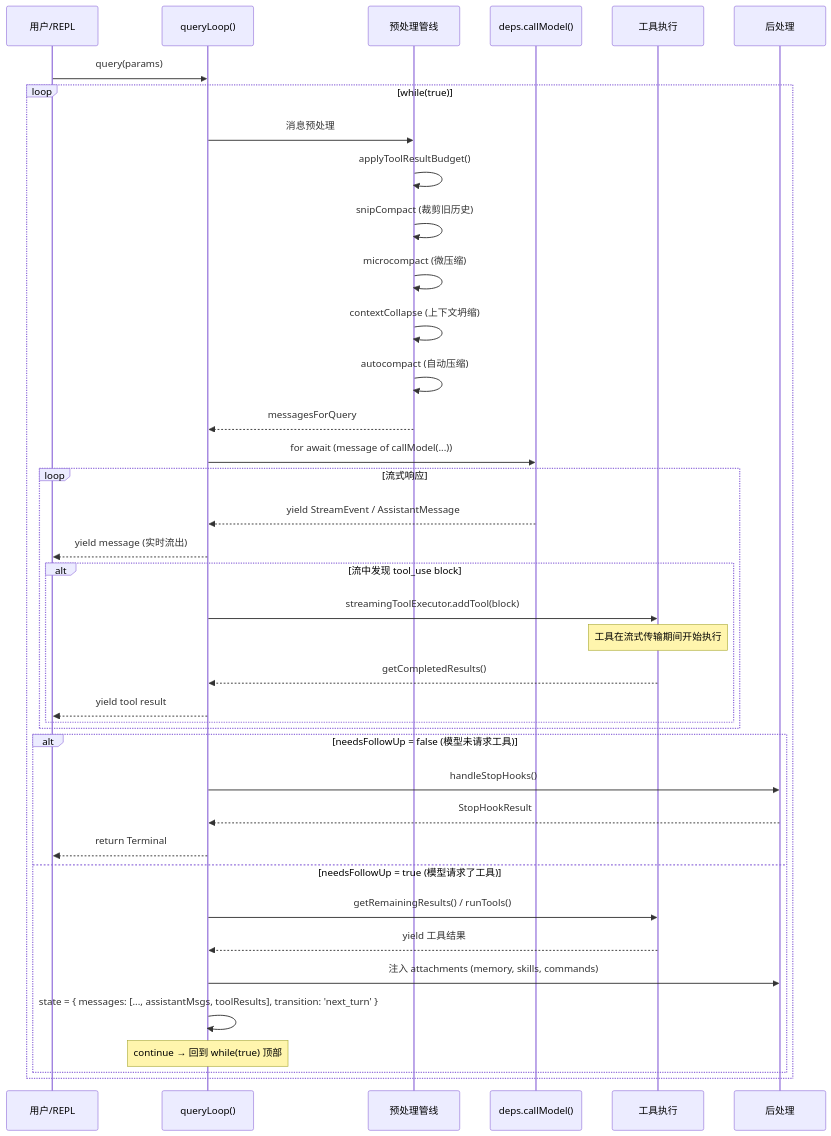
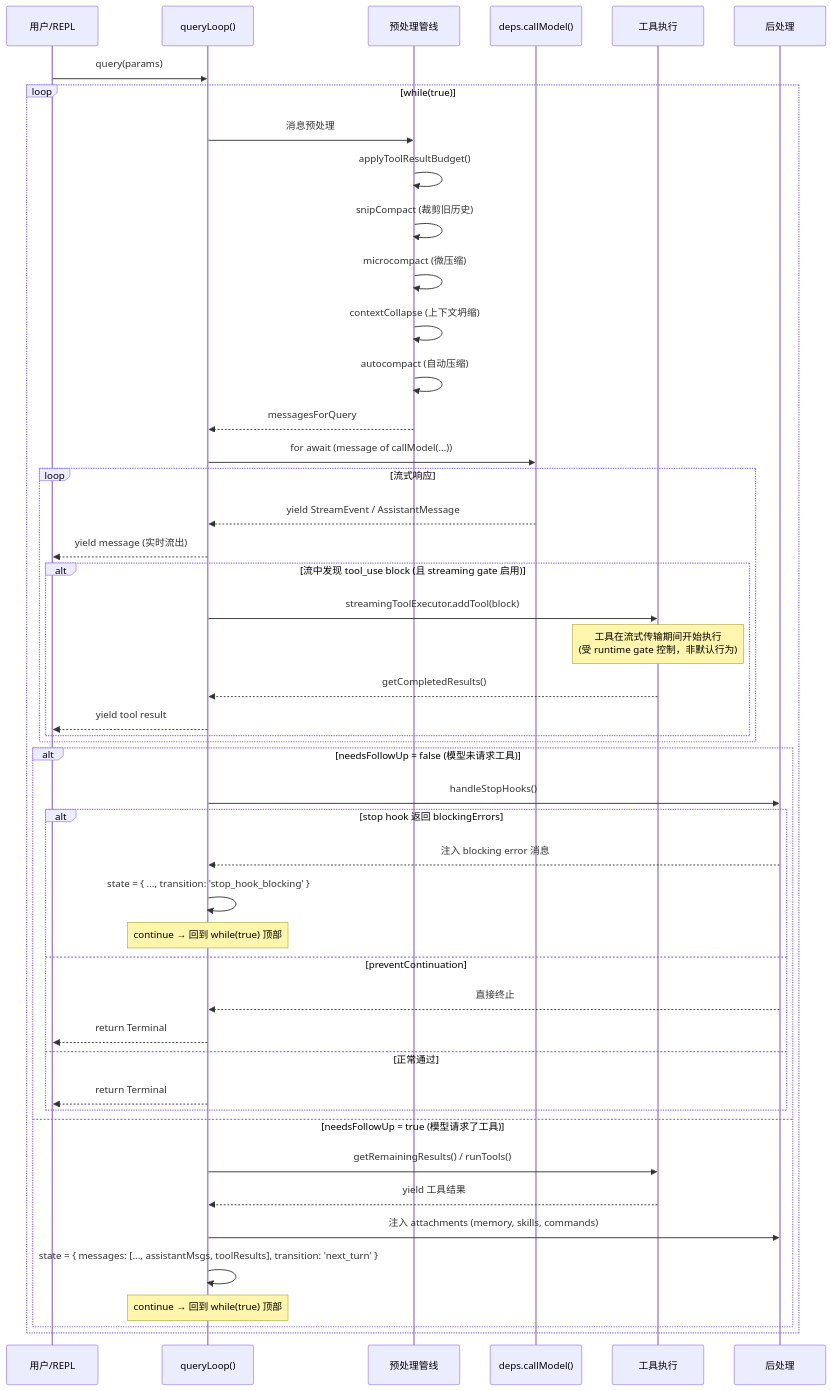
Before and after one commit to luyao618/Claude-Code-Source-Study: the diagram in 05-对话循环.md, drawn with Mermaid. The commit also changed other lines of this file and 2 other files, not shown here.

````diff
--- a/05-对话循环.md
+++ b/05-对话循环.md
@@ -136,46 +136,54 @@
 ```mermaid
 sequenceDiagram
     participant User as 用户/REPL
     participant Q as queryLoop()
     participant Pre as 预处理管线
     participant API as deps.callModel()
     participant Tool as 工具执行
     participant Post as 后处理
 
     User->>Q: query(params)
 
     loop while(true)
         Q->>Pre: 消息预处理
         Pre->>Pre: applyToolResultBudget()
         Pre->>Pre: snipCompact (裁剪旧历史)
         Pre->>Pre: microcompact (微压缩)
         Pre->>Pre: contextCollapse (上下文坍缩)
         Pre->>Pre: autocompact (自动压缩)
         Pre-->>Q: messagesForQuery
 
         Q->>API: for await (message of callModel(...))
         loop 流式响应
             API-->>Q: yield StreamEvent / AssistantMessage
             Q-->>User: yield message (实时流出)
 
-            alt 流中发现 tool_use block
+            alt 流中发现 tool_use block (且 streaming gate 启用)
                 Q->>Tool: streamingToolExecutor.addTool(block)
-                Note over Tool: 工具在流式传输期间开始执行
+                Note over Tool: 工具在流式传输期间开始执行<br/>(受 runtime gate 控制，非默认行为)
                 Tool-->>Q: getCompletedResults()
                 Q-->>User: yield tool result
             end
         end
 
         alt needsFollowUp = false (模型未请求工具)
             Q->>Post: handleStopHooks()
-            Post-->>Q: StopHookResult
-            Q-->>User: return Terminal
+            alt stop hook 返回 blockingErrors
+                Post-->>Q: 注入 blocking error 消息
+                Q->>Q: state = { ..., transition: 'stop_hook_blocking' }
+                Note over Q: continue → 回到 while(true) 顶部
+            else preventContinuation
+                Post-->>Q: 直接终止
+                Q-->>User: return Terminal
+            else 正常通过
+                Q-->>User: return Terminal
+            end
         else needsFollowUp = true (模型请求了工具)
             Q->>Tool: getRemainingResults() / runTools()
             Tool-->>Q: yield 工具结果
             Q->>Post: 注入 attachments (memory, skills, commands)
             Q->>Q: state = { messages: [..., assistantMsgs, toolResults], transition: 'next_turn' }
             Note over Q: continue → 回到 while(true) 顶部
         end
     end
 ```
````
